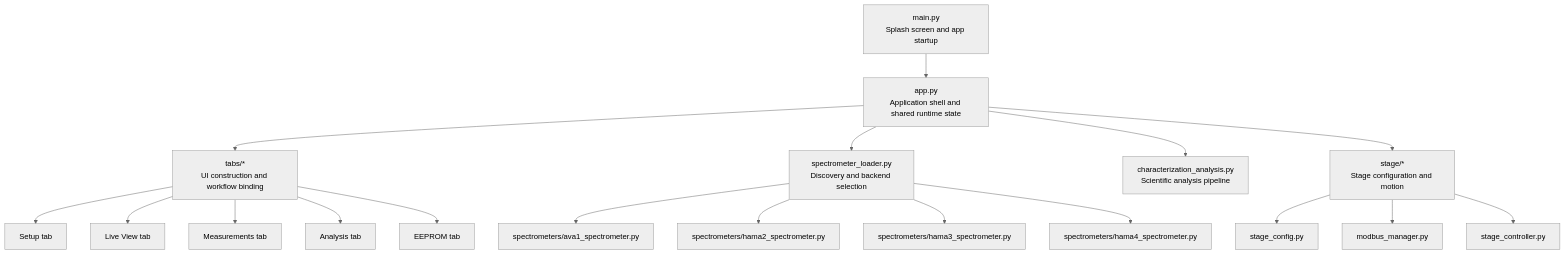
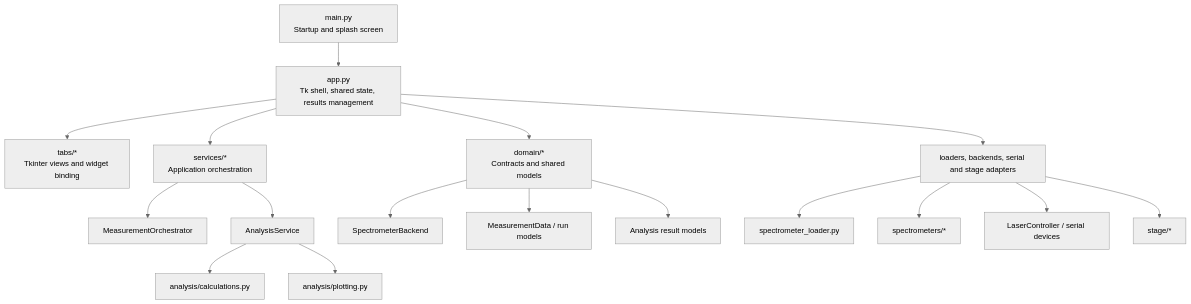
Before and after one commit to ashutoshjoshi1/SciLab-V3.2: the first of 3 diagrams in docs/system-design-document.md, drawn with Mermaid (neutral theme). The commit also changed other lines of this file, not shown here.

````diff
--- a/docs/system-design-document.md
+++ b/docs/system-design-document.md
@@ -114,24 +90,24 @@
 ```mermaid
 flowchart TB
-    Main["main.py\nSplash screen and app startup"] --> App["app.py\nApplication shell and shared runtime state"]
+    Main["main.py<br/>Startup and splash screen"] --> App["app.py<br/>Tk shell, shared state, results management"]
 
-    App --> Tabs["tabs/*\nUI construction and workflow binding"]
-    App --> Loader["spectrometer_loader.py\nDiscovery and backend selection"]
-    App --> Analysis["characterization_analysis.py\nScientific analysis pipeline"]
-    App --> Stage["stage/*\nStage configuration and motion"]
+    App --> UI["tabs/*<br/>Tkinter views and widget binding"]
+    App --> Services["services/*<br/>Application orchestration"]
+    App --> Domain["domain/*<br/>Contracts and shared models"]
+    App --> Infra["loaders, backends, serial and stage adapters"]
 
-    Tabs --> Setup["Setup tab"]
-    Tabs --> Live["Live View tab"]
-    Tabs --> Measure["Measurements tab"]
-    Tabs --> AnalysisTab["Analysis tab"]
-    Tabs --> EEPROM["EEPROM tab"]
+    Services --> MeasureSvc["MeasurementOrchestrator"]
+    Services --> AnalysisSvc["AnalysisService"]
 
-    Loader --> Ava1["spectrometers/ava1_spectrometer.py"]
-    Loader --> Hama2["spectrometers/hama2_spectrometer.py"]
-    Loader --> Hama3["spectrometers/hama3_spectrometer.py"]
-    Loader --> Hama4["spectrometers/hama4_spectrometer.py"]
+    Domain --> SpecPort["SpectrometerBackend"]
+    Domain --> MeasureModel["MeasurementData / run models"]
+    Domain --> AnalysisModel["Analysis result models"]
 
-    Stage --> StageCfg["stage_config.py"]
-    Stage --> ModbusMgr["modbus_manager.py"]
-    Stage --> StageCtl["stage_controller.py"]
+    Infra --> Loader["spectrometer_loader.py"]
+    Infra --> Backends["spectrometers/*"]
+    Infra --> Lasers["LaserController / serial devices"]
+    Infra --> Stage["stage/*"]
+
+    AnalysisSvc --> Calc["analysis/calculations.py"]
+    AnalysisSvc --> Plot["analysis/plotting.py"]
 ```
````
